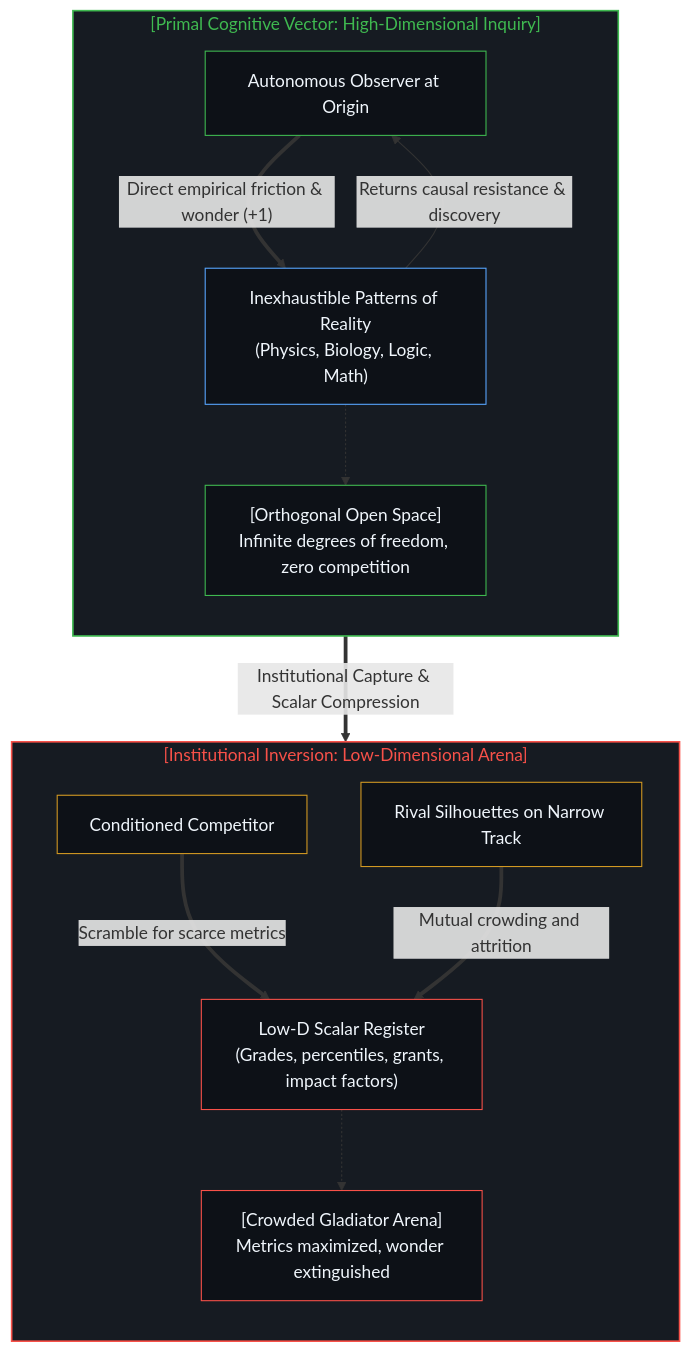
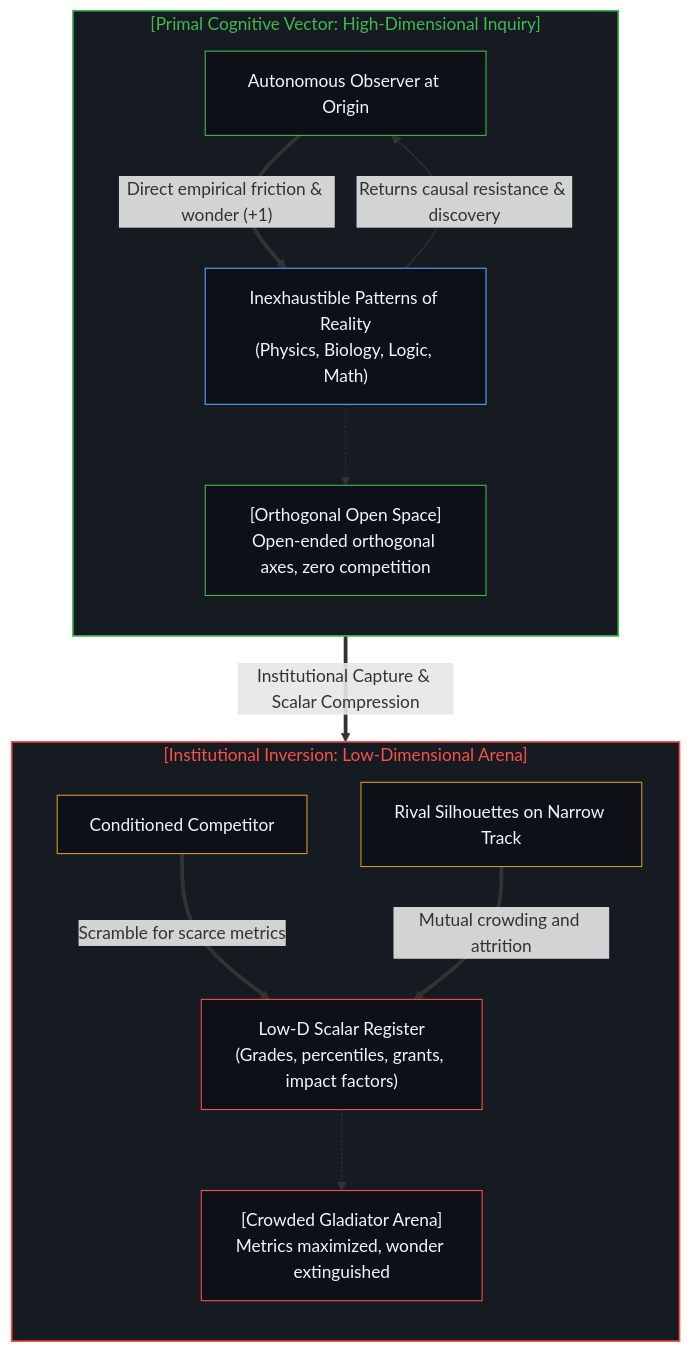
Before and after one commit to powerpig99/not-a-toe: the second of 10 diagrams in content/posts/the-reversal-of-education-and-science.md, drawn with Mermaid. The commit also changed other lines of this file and 13 other files, not shown here.

````diff
--- a/content/posts/the-reversal-of-education-and-science.md
+++ b/content/posts/the-reversal-of-education-and-science.md
@@ -56,32 +56,32 @@
 ```mermaid
 flowchart TD
     subgraph S_Original["[Primal Cognitive Vector: High-Dimensional Inquiry]"]
         direction TB
         Mind["Autonomous Observer at Origin"]
         Reality["Inexhaustible Patterns of Reality<br/>(Physics, Biology, Logic, Math)"]
-        Space["[Orthogonal Open Space]<br/>Infinite degrees of freedom, zero competition"]
+        Space["[Orthogonal Open Space]<br/>Open-ended orthogonal axes, zero competition"]
         Mind ==>|"Direct empirical friction & wonder (+1)"| Reality
         Reality -->|"Returns causal resistance & discovery"| Mind
         Reality -.-> Space
     end
     S_Original ==>|"Institutional Capture & Scalar Compression"| S_Inverted
     subgraph S_Inverted["[Institutional Inversion: Low-Dimensional Arena]"]
         direction TB
         Student["Conditioned Competitor"]
         OtherPeers["Rival Silhouettes on Narrow Track"]
         Register["Low-D Scalar Register<br/>(Grades, percentiles, grants, impact factors)"]
         WarZone["[Crowded Gladiator Arena]<br/>Metrics maximized, wonder extinguished"]
         Student ==>|"Scramble for scarce metrics"| Register
         OtherPeers ==>|"Mutual crowding and attrition"| Register
         Register -.-> WarZone
     end
     style S_Original fill:#161b22,stroke:#3fb950,stroke-width:1.5px,color:#3fb950
     style S_Inverted fill:#161b22,stroke:#f85149,stroke-width:1.5px,color:#f85149
     style Mind fill:#0d1117,stroke:#3fb950,stroke-width:1px,color:#f0f6fc
     style Reality fill:#0d1117,stroke:#58a6ff,stroke-width:1px,color:#f0f6fc
     style Space fill:#0d1117,stroke:#3fb950,stroke-width:1px,color:#f0f6fc
     style Student fill:#0d1117,stroke:#d29922,stroke-width:1px,color:#f0f6fc
     style OtherPeers fill:#0d1117,stroke:#d29922,stroke-width:1px,color:#f0f6fc
     style Register fill:#0d1117,stroke:#f85149,stroke-width:1px,color:#f0f6fc
     style WarZone fill:#0d1117,stroke:#f85149,stroke-width:1px,color:#f0f6fc
 ```
````
